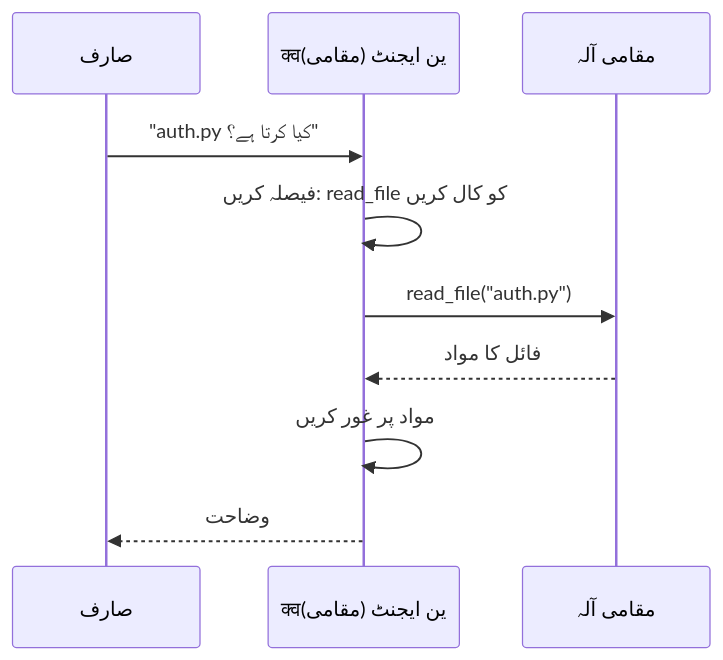
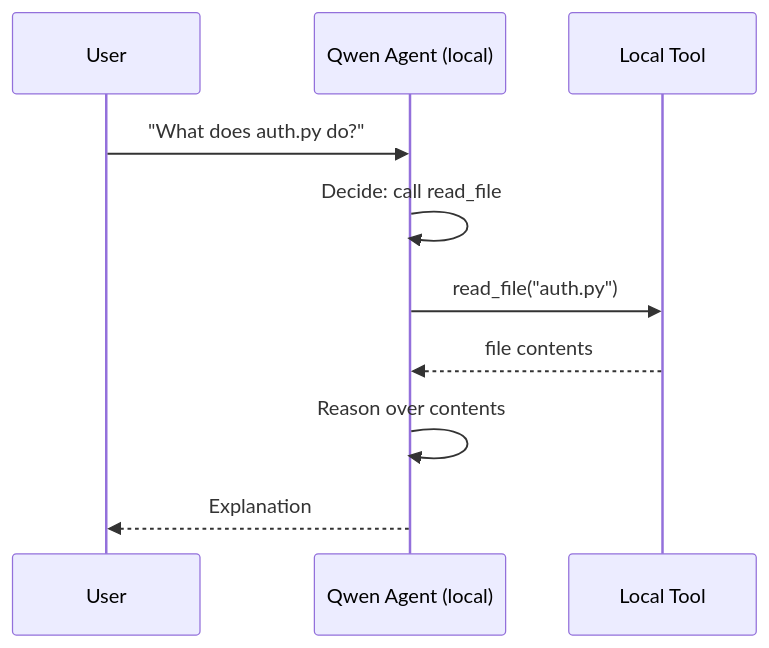
The second of 4 diagrams in mirrors/repos/microsoft@ai-agents-for-beginners/translations/ur/17-creating-local-ai-agents/README.md (gabrielmoreira/agent-skills-mirror), drawn with Mermaid before and after one commit. The commit also changed other lines of this file and 5918 other files, not shown here.

````diff
--- a/mirrors/repos/microsoft@ai-agents-for-beginners/translations/ur/17-creating-local-ai-agents/README.md
+++ b/mirrors/repos/microsoft@ai-agents-for-beginners/translations/ur/17-creating-local-ai-agents/README.md
@@ -107,12 +106,12 @@
 ```mermaid
 sequenceDiagram
-    participant U as صارف
-    participant A as क्वین ایجنٹ (مقامی)
-    participant T as مقامی آلہ
-    U->>A: "auth.py کیا کرتا ہے؟"
-    A->>A: فیصلہ کریں: read_file کو کال کریں
+    participant U as User
+    participant A as Qwen Agent (local)
+    participant T as Local Tool
+    U->>A: "What does auth.py do?"
+    A->>A: Decide: call read_file
     A->>T: read_file("auth.py")
-    T-->>A: فائل کا مواد
-    A->>A: مواد پر غور کریں
-    A-->>U: وضاحت
+    T-->>A: file contents
+    A->>A: Reason over contents
+    A-->>U: Explanation
 ```
````
